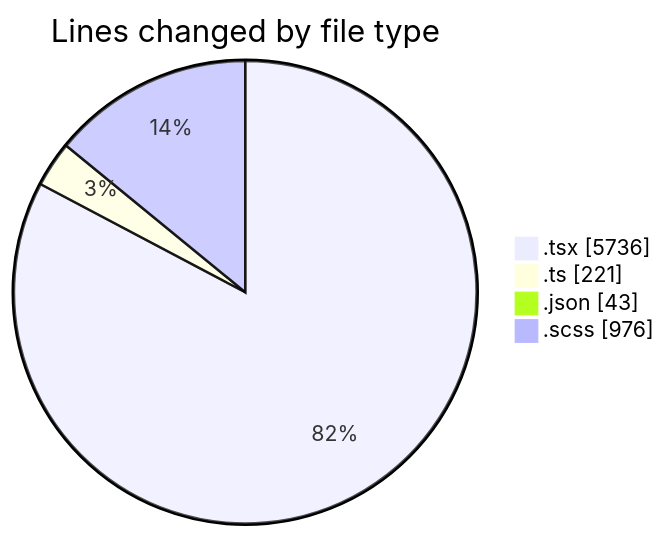
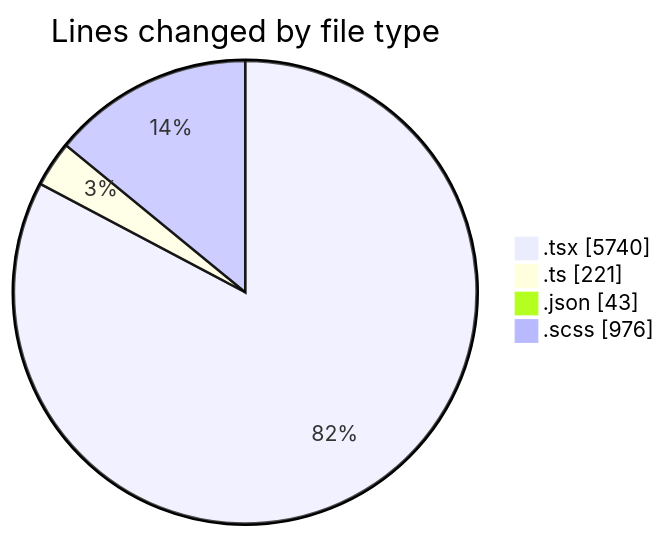
The first of 2 diagrams in 2025-09-23/cda/README.md (momahboobian/code-tracking), drawn with Mermaid before and after one commit. The commit also changed other lines of this file and 1 other file, not shown here.

````diff
--- a/2025-09-23/cda/README.md
+++ b/2025-09-23/cda/README.md
@@ -38,8 +38,8 @@
 ```mermaid
 pie showData
 title Lines changed by file type
-".tsx" : 5736
+".tsx" : 5740
 ".ts" : 221
 ".json" : 43
 ".scss" : 976
 ```
````
